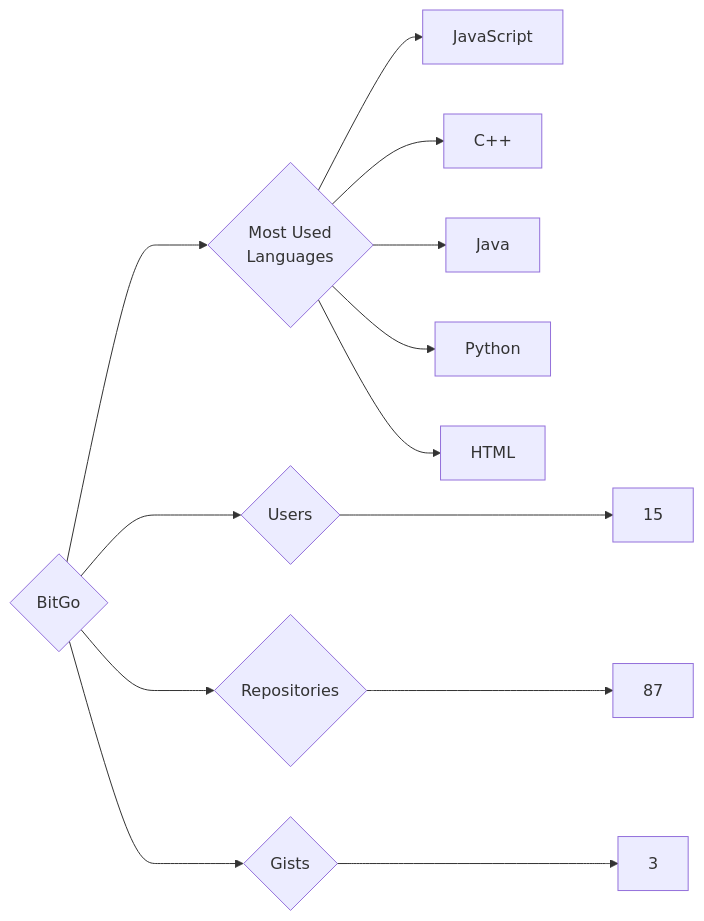
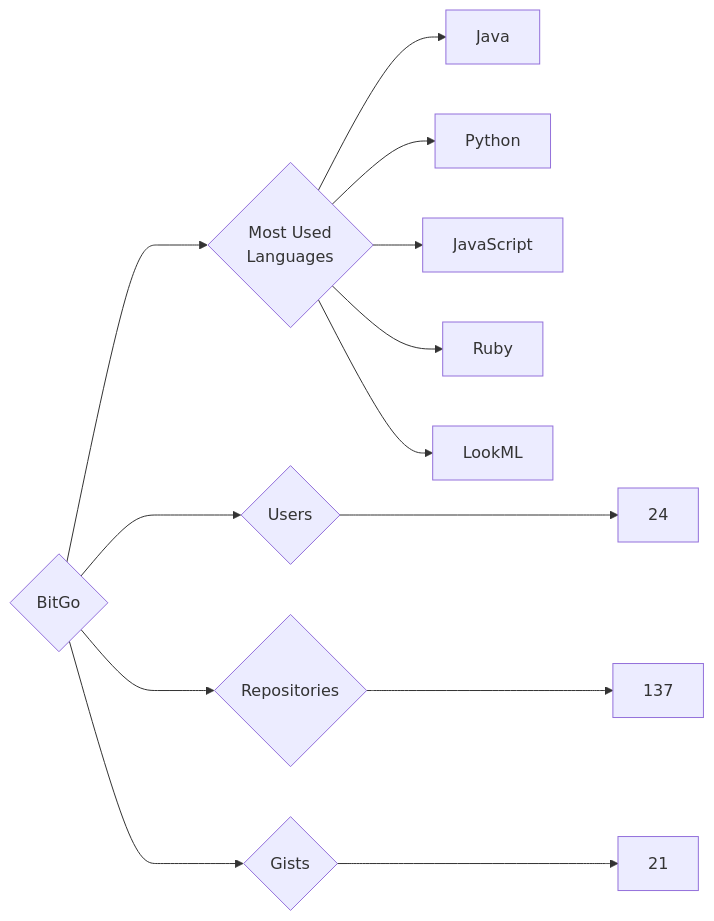
One commit to trickest/insiders changed the diagram in targets/BitGo/README.md. Above: the diagram before and after it, drawn with Mermaid. The commit also changed 951 other files, not shown here.

````diff
--- a/targets/BitGo/README.md
+++ b/targets/BitGo/README.md
@@ -3,13 +3,13 @@
 ```mermaid
 graph LR
 COMPANY_NAME{BitGo}
-COMPANY_NAME ---> U{Users} ---> UN[15]
-COMPANY_NAME ---> R{Repositories} ---> RN[87]
-COMPANY_NAME ---> G{Gists} ---> GN[3]
+COMPANY_NAME ---> U{Users} ---> UN[24]
+COMPANY_NAME ---> R{Repositories} ---> RN[137]
+COMPANY_NAME ---> G{Gists} ---> GN[21]
 COMPANY_NAME ---> ML{Most Used<br>Languages}
-ML --> JavaScript
-ML --> C++
-ML --> Java
-ML --> Python
-ML --> HTML
+ML --> Java[Java]
+ML --> Python[Python]
+ML --> JavaScript[JavaScript]
+ML --> Ruby[Ruby]
+ML --> LookML[LookML]
 ```
````
